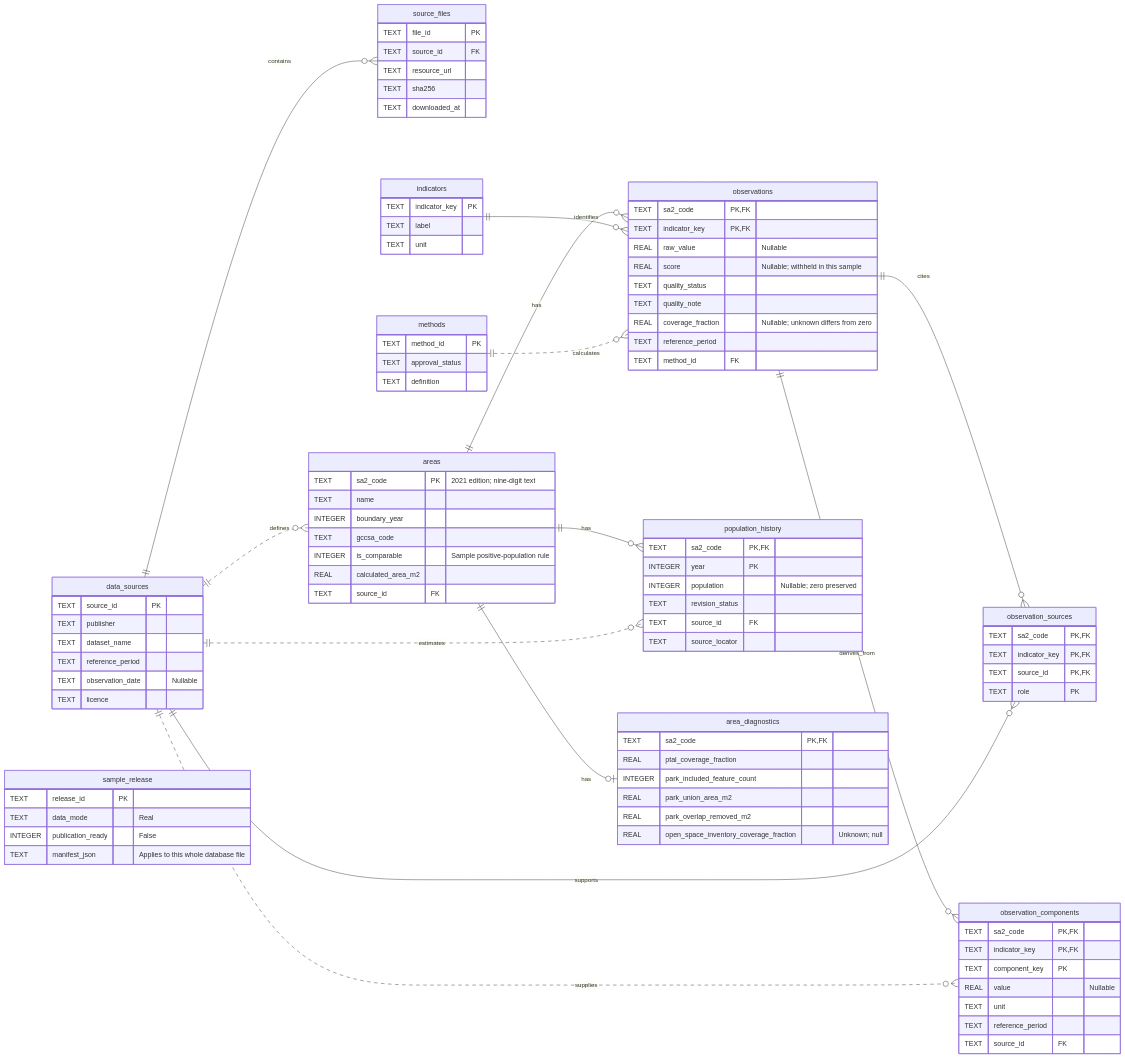
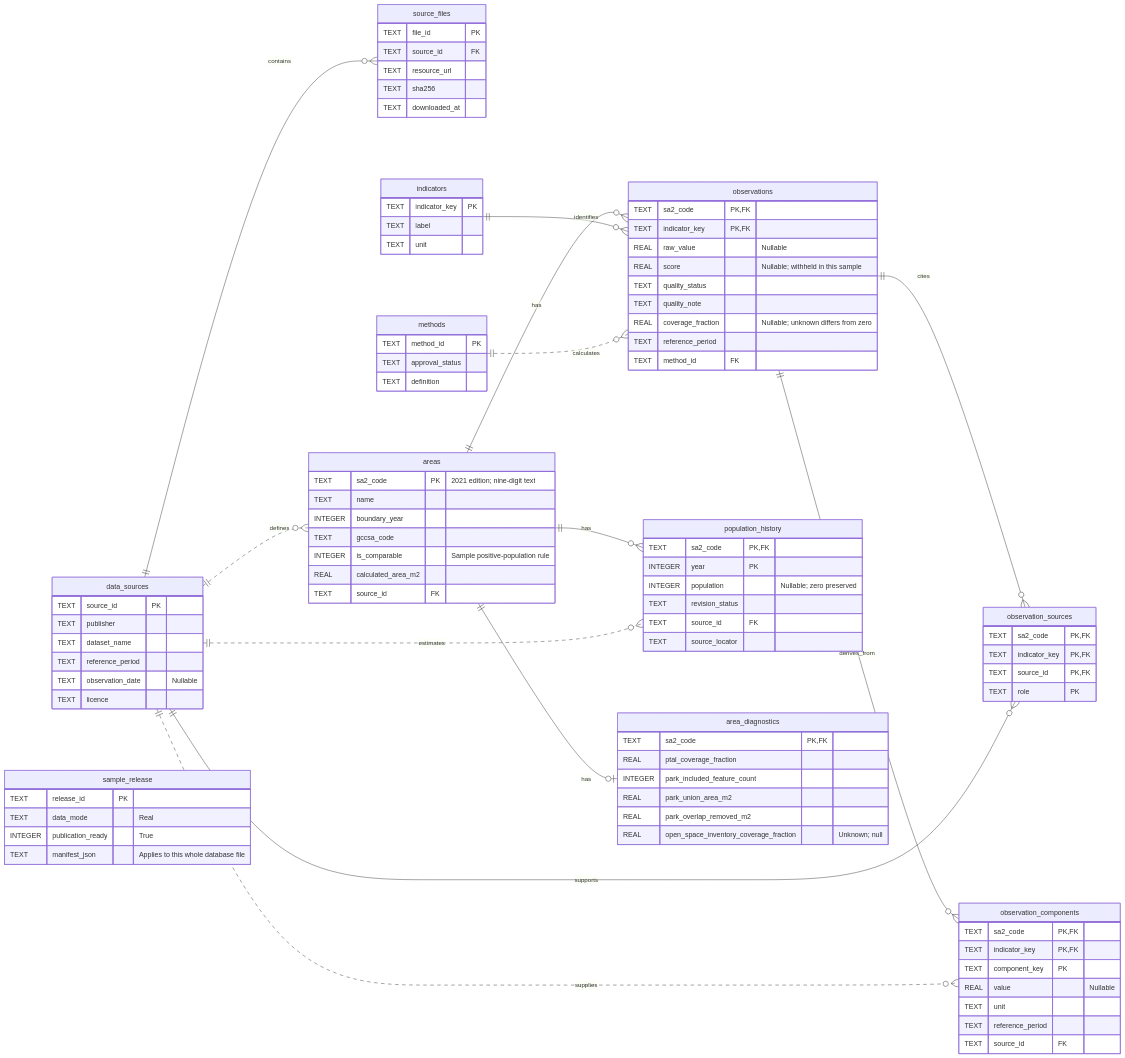
The diagram in data/greater-melbourne-v1/schema-erd.mmd (wasif-danesh/YFN), drawn with Mermaid before and after one commit. The commit also changed 42 other files, not shown here.

```diff
--- a/data/greater-melbourne-v1/schema-erd.mmd
+++ b/data/greater-melbourne-v1/schema-erd.mmd
@@ -1,96 +1,96 @@
 erDiagram
     direction LR
     dataSources["data_sources"] {
         TEXT source_id PK
         TEXT publisher
         TEXT dataset_name
         TEXT reference_period
         TEXT observation_date "Nullable"
         TEXT licence
     }
     sourceFiles["source_files"] {
         TEXT file_id PK
         TEXT source_id FK
         TEXT resource_url
         TEXT sha256
         TEXT downloaded_at
     }
     areas {
         TEXT sa2_code PK "2021 edition; nine-digit text"
         TEXT name
         INTEGER boundary_year
         TEXT gccsa_code
         INTEGER is_comparable "Sample positive-population rule"
         REAL calculated_area_m2
         TEXT source_id FK
     }
     indicators {
         TEXT indicator_key PK
         TEXT label
         TEXT unit
     }
     methods {
         TEXT method_id PK
         TEXT approval_status
         TEXT definition
     }
     observations {
         TEXT sa2_code PK, FK
         TEXT indicator_key PK, FK
         REAL raw_value "Nullable"
         REAL score "Nullable; withheld in this sample"
         TEXT quality_status
         TEXT quality_note
         REAL coverage_fraction "Nullable; unknown differs from zero"
         TEXT reference_period
         TEXT method_id FK
     }
     populationHistory["population_history"] {
         TEXT sa2_code PK, FK
         INTEGER year PK
         INTEGER population "Nullable; zero preserved"
         TEXT revision_status
         TEXT source_id FK
         TEXT source_locator
     }
     observationSources["observation_sources"] {
         TEXT sa2_code PK, FK
         TEXT indicator_key PK, FK
         TEXT source_id PK, FK
         TEXT role PK
     }
     observationComponents["observation_components"] {
         TEXT sa2_code PK, FK
         TEXT indicator_key PK, FK
         TEXT component_key PK
         REAL value "Nullable"
         TEXT unit
         TEXT reference_period
         TEXT source_id FK
     }
     areaDiagnostics["area_diagnostics"] {
         TEXT sa2_code PK, FK
         REAL ptal_coverage_fraction
         INTEGER park_included_feature_count
         REAL park_union_area_m2
         REAL park_overlap_removed_m2
         REAL open_space_inventory_coverage_fraction "Unknown; null"
     }
     sampleRelease["sample_release"] {
         TEXT release_id PK
         TEXT data_mode "Real"
-        INTEGER publication_ready "False"
+        INTEGER publication_ready "True"
         TEXT manifest_json "Applies to this whole database file"
     }
     dataSources ||--o{ sourceFiles : contains
     dataSources ||..o{ areas : defines
     areas ||--o{ observations : has
     indicators ||--o{ observations : identifies
     methods ||..o{ observations : calculates
     areas ||--o{ populationHistory : has
     dataSources ||..o{ populationHistory : estimates
     observations ||--o{ observationSources : cites
     dataSources ||--o{ observationSources : supports
     observations ||--o{ observationComponents : derives_from
     dataSources ||..o{ observationComponents : supplies
     areas ||--o| areaDiagnostics : has
```
